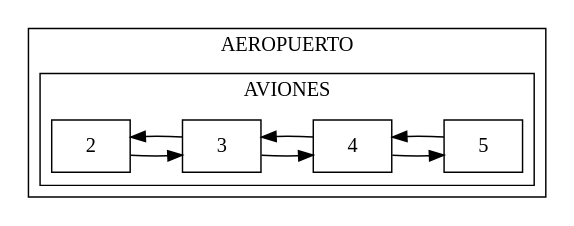
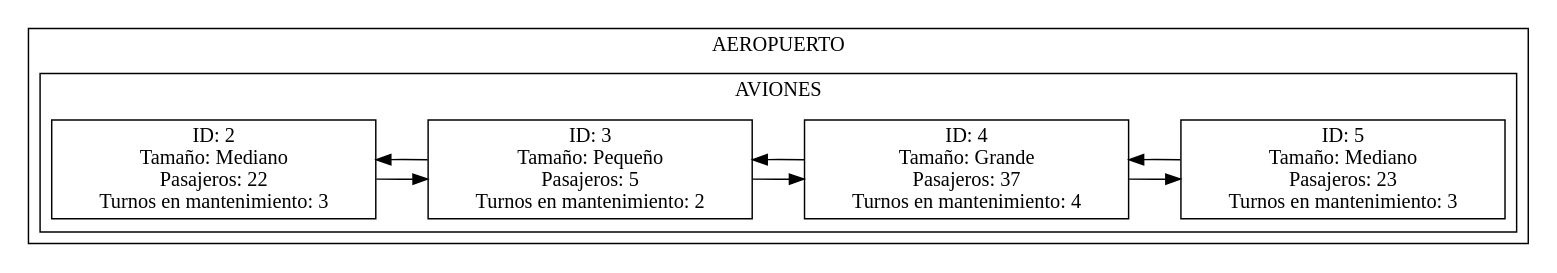
One commit to denisse-br/EDD_201224240 changed the diagram in practica1201224240/reportes/Grafica.dot. Above: the diagram before and after it, drawn with Graphviz. The commit also changed 15 other files, not shown here.

```diff
--- a/practica1201224240/reportes/Grafica.dot
+++ b/practica1201224240/reportes/Grafica.dot
@@ -1,18 +1,18 @@
 digraph{ 
  rankdir=LR; 
  node[shape = record, color = black];subgraph clusterAeropuerto{ 
 label = "AEROPUERTO"; 
 	  subgraph clusterAviones{ 
 	  label = "AVIONES"; 
-		 a0[label="2"];
-		 a1[label="3"];
-		 a2[label="4"];
-		 a3[label="5"];
+		 a0[label="ID: 2\n Tamaño: Mediano\n Pasajeros: 22\n Turnos en mantenimiento: 3 "];
+		 a1[label="ID: 3\n Tamaño: Pequeño\n Pasajeros: 5\n Turnos en mantenimiento: 2 "];
+		 a2[label="ID: 4\n Tamaño: Grande\n Pasajeros: 37\n Turnos en mantenimiento: 4 "];
+		 a3[label="ID: 5\n Tamaño: Mediano\n Pasajeros: 23\n Turnos en mantenimiento: 3 "];
 	 }a0->a1
 a1->a2
 a1->a0
 a2->a3
 a2->a1
 a3->a2
 }
 }
```
